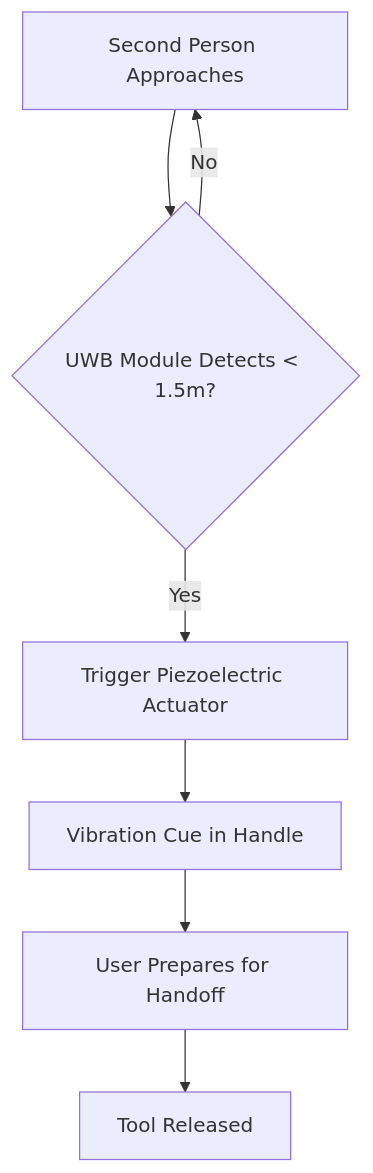
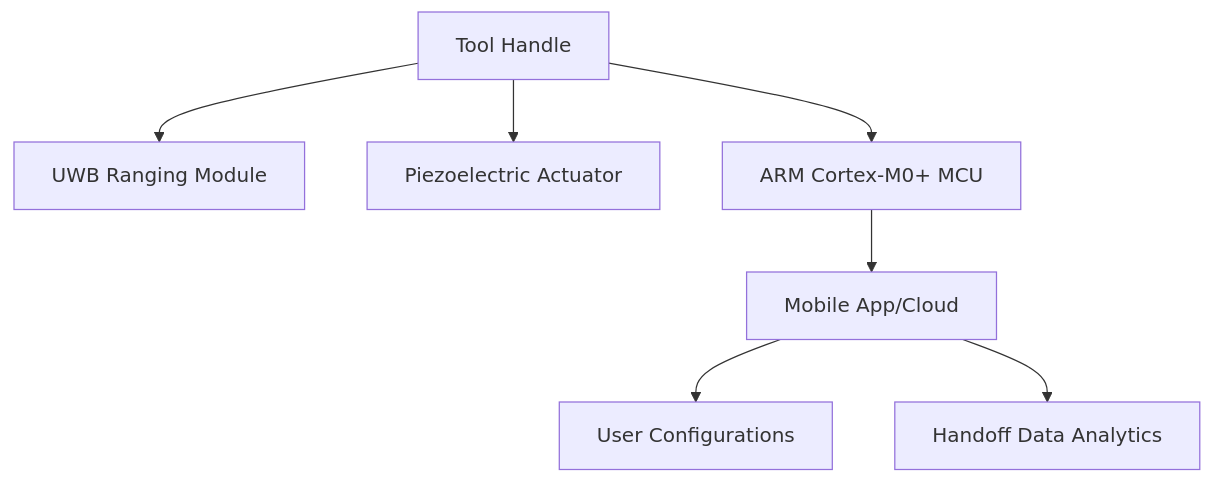
The diagram in inventions/inv_kinetic_haptic_handoff_system_for_household_tool_ef4c5.md (shawnhvac/agentworld-prior-art), drawn with Mermaid before and after one commit. The commit also changed other lines of this file and 242 other files, not shown here.

````diff
--- a/inventions/inv_kinetic_haptic_handoff_system_for_household_tool_ef4c5.md
+++ b/inventions/inv_kinetic_haptic_handoff_system_for_household_tool_ef4c5.md
@@ -43,9 +47,9 @@
 ```mermaid
-flowchart TD
-    A[Second Person Approaches] --> B{UWB Module Detects < 1.5m?}
-    B -- Yes --> C[Trigger Piezoelectric Actuator]
-    C --> D[Vibration Cue in Handle]
-    D --> E[User Prepares for Handoff]
-    E --> F[Tool Released]
-    B -- No --> A
+graph TD
+A[Tool Handle] --> B[UWB Ranging Module]
+A --> C[Piezoelectric Actuator]
+A --> D[ARM Cortex-M0+ MCU]
+D --> E[Mobile App/Cloud]
+E --> F[User Configurations]
+E --> G[Handoff Data Analytics]
 ```
````
